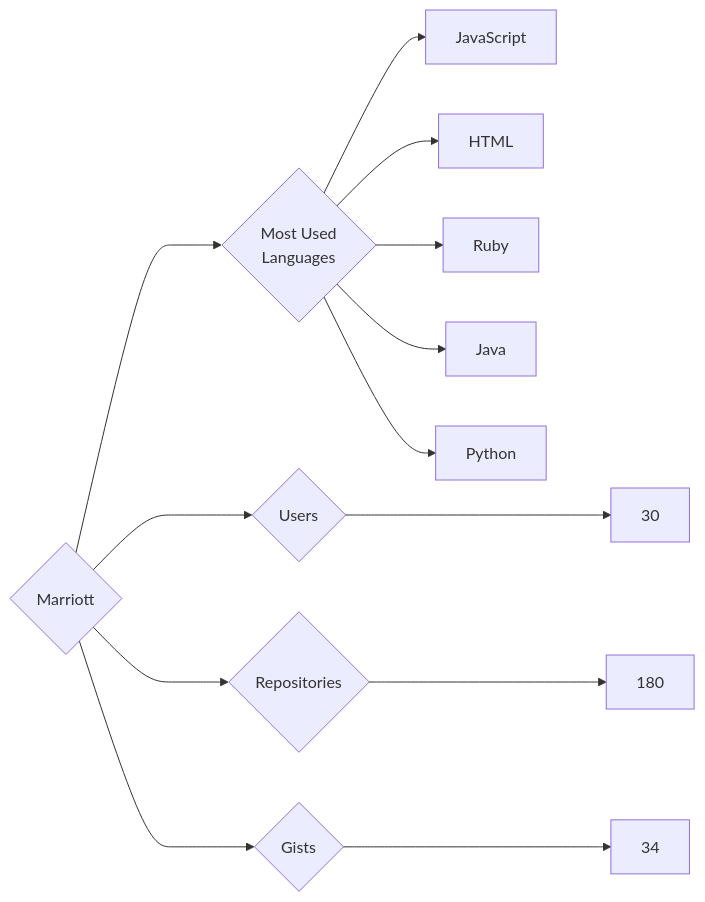
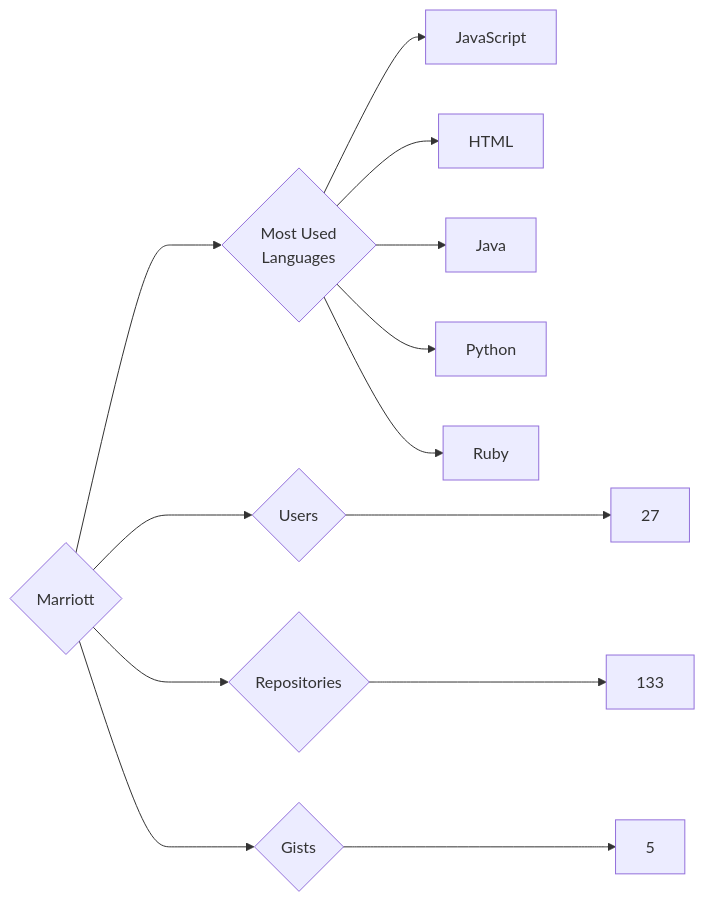
The diagram in targets/Marriott/README.md (trickest/insiders), drawn with Mermaid before and after one commit. The commit also changed 794 other files, not shown here.

````diff
--- a/targets/Marriott/README.md
+++ b/targets/Marriott/README.md
@@ -3,13 +3,13 @@
 ```mermaid
 graph LR
 COMPANY_NAME{Marriott}
-COMPANY_NAME ---> U{Users} ---> UN[30]
-COMPANY_NAME ---> R{Repositories} ---> RN[180]
-COMPANY_NAME ---> G{Gists} ---> GN[34]
+COMPANY_NAME ---> U{Users} ---> UN[27]
+COMPANY_NAME ---> R{Repositories} ---> RN[133]
+COMPANY_NAME ---> G{Gists} ---> GN[5]
 COMPANY_NAME ---> ML{Most Used<br>Languages}
 ML --> JavaScript[JavaScript]
 ML --> HTML[HTML]
-ML --> Ruby[Ruby]
 ML --> Java[Java]
 ML --> Python[Python]
+ML --> Ruby[Ruby]
 ```
````
